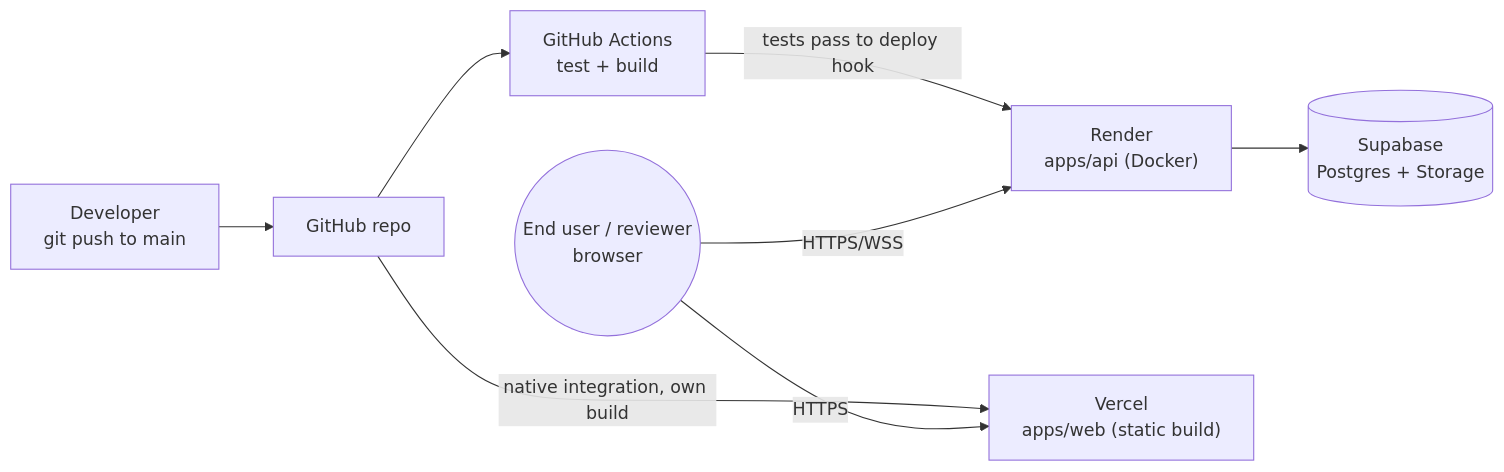
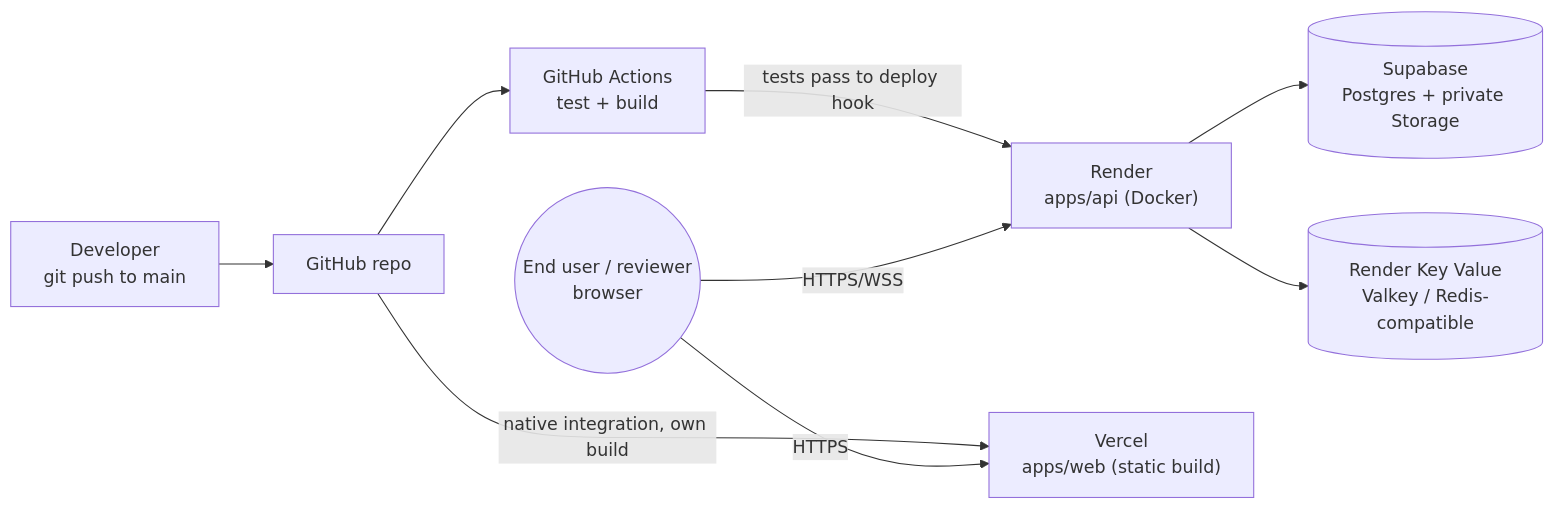
Before and after one commit to NguyenTruongNgocHan/pulselink: the first of 2 diagrams in docs/architecture/deployment.md, drawn with Mermaid. The commit also changed other lines of this file and 31 other files, not shown here.

````diff
--- a/docs/architecture/deployment.md
+++ b/docs/architecture/deployment.md
@@ -8,18 +8,20 @@
 ```mermaid
 flowchart LR
     Dev["Developer<br/>git push to main"]
     GH["GitHub repo"]
     Actions["GitHub Actions<br/>test + build"]
     Render["Render<br/>apps/api (Docker)"]
     Vercel["Vercel<br/>apps/web (static build)"]
-    Supabase[("Supabase<br/>Postgres + Storage")]
+    Supabase[("Supabase<br/>Postgres + private Storage")]
+    KeyValue[("Render Key Value<br/>Valkey / Redis-compatible")]
     User(("End user / reviewer<br/>browser"))
 
     Dev --> GH
     GH --> Actions
     Actions -->|"tests pass to deploy hook"| Render
     GH -->|"native integration, own build"| Vercel
     Render --> Supabase
+    Render --> KeyValue
     User -->|"HTTPS"| Vercel
     User -->|"HTTPS/WSS"| Render
 ```
````
